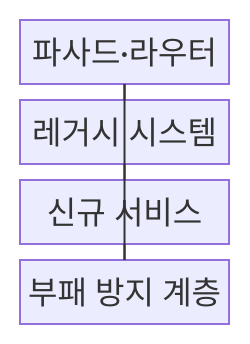
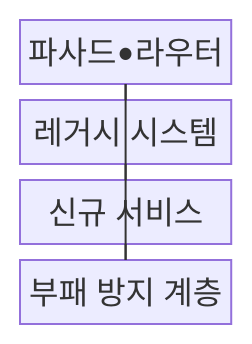
One commit to agnusdei1207/knowledge-base changed the first of 2 diagrams in src/content/docs/notes/03-software/219_strangler_fig_pattern.md. Above: the diagram before and after it, drawn with Mermaid. The commit also changed other lines of this file and 953 other files, not shown here.

````diff
--- a/src/content/docs/notes/03-software/219_strangler_fig_pattern.md
+++ b/src/content/docs/notes/03-software/219_strangler_fig_pattern.md
@@ -66,12 +66,12 @@
 ```mermaid
 block-beta
     columns 1
-    A["파사드·라우터"]
+    A["파사드•라우터"]
     B["레거시 시스템"]
     C["신규 서비스"]
     D["부패 방지 계층"]
     A --- B
     A --- C
     B --- D
     D --- C
 ```
````
